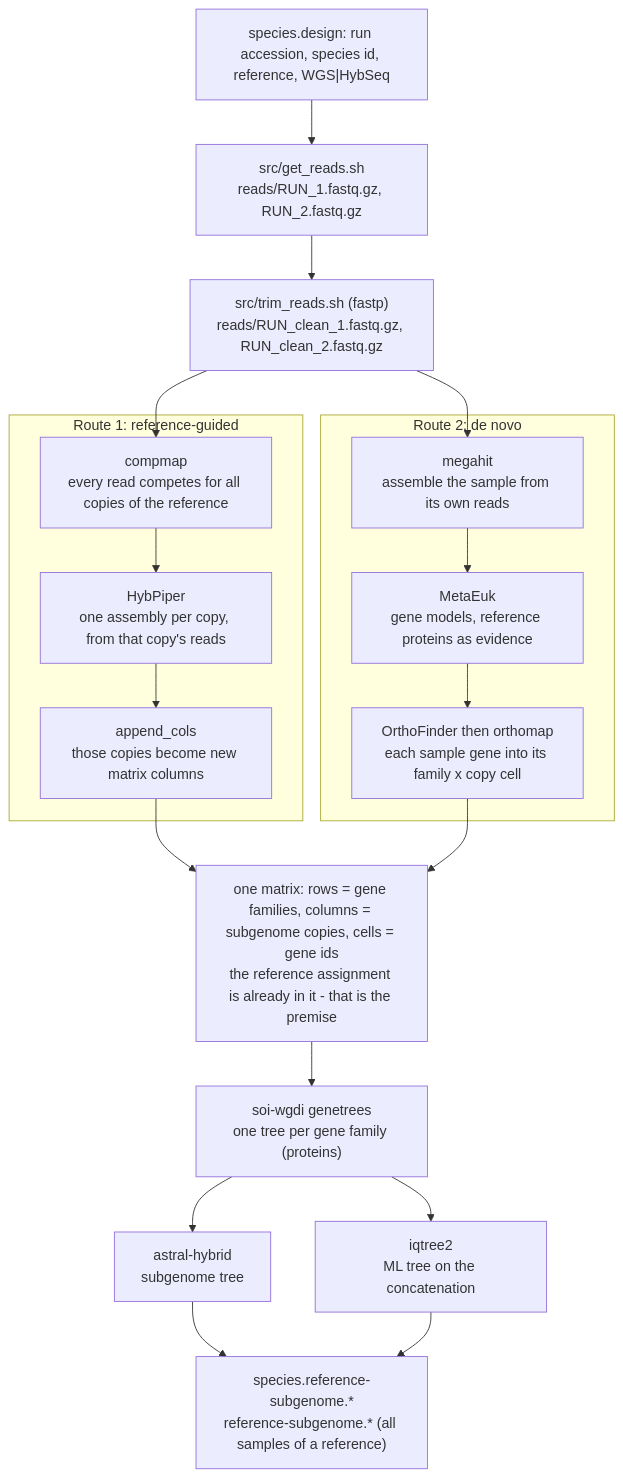
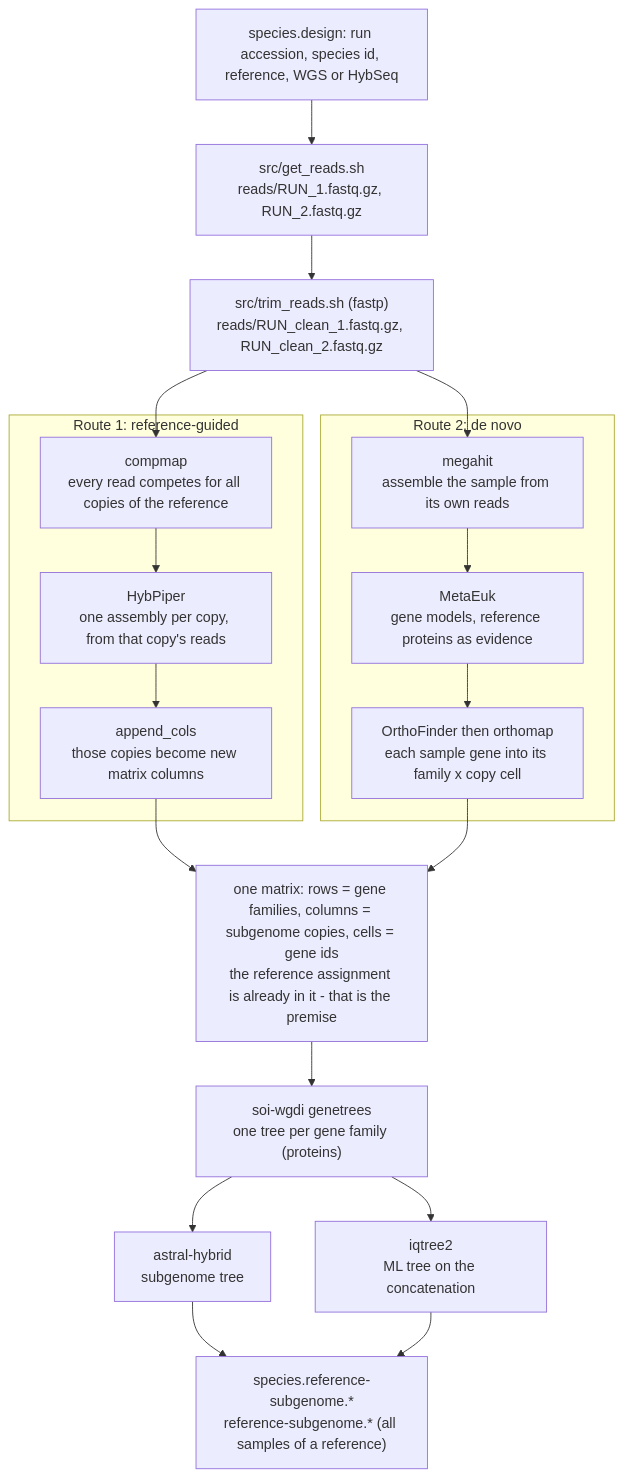
The diagram in README.md (zhangrengang/subgenome_mapping), drawn with Mermaid before and after one commit.

Commit message:
README diagram: avoid a pipe inside a Mermaid node label

````diff
--- a/README.md
+++ b/README.md
@@ -40,29 +40,29 @@
 ```mermaid
 flowchart TD
-    A["species.design: run accession, species id, reference, WGS|HybSeq"] --> B["src/get_reads.sh<br/>reads/RUN_1.fastq.gz, RUN_2.fastq.gz"]
+    A["species.design: run accession, species id, reference, WGS or HybSeq"] --> B["src/get_reads.sh<br/>reads/RUN_1.fastq.gz, RUN_2.fastq.gz"]
     B --> C["src/trim_reads.sh (fastp)<br/>reads/RUN_clean_1.fastq.gz, RUN_clean_2.fastq.gz"]
     C --> R1a
     C --> R2a
 
     subgraph R1["Route 1: reference-guided"]
         R1a["compmap<br/>every read competes for all copies of the reference"]
         R1b["HybPiper<br/>one assembly per copy, from that copy's reads"]
         R1c["append_cols<br/>those copies become new matrix columns"]
         R1a --> R1b --> R1c
     end
 
     subgraph R2["Route 2: de novo"]
         R2a["megahit<br/>assemble the sample from its own reads"]
         R2b["MetaEuk<br/>gene models, reference proteins as evidence"]
         R2c["OrthoFinder then orthomap<br/>each sample gene into its family x copy cell"]
         R2a --> R2b --> R2c
     end
 
     R1c --> M["one matrix: rows = gene families, columns = subgenome copies, cells = gene ids<br/>the reference assignment is already in it - that is the premise"]
     R2c --> M
     M --> T["soi-wgdi genetrees<br/>one tree per gene family (proteins)"]
     T --> S1["astral-hybrid<br/>subgenome tree"]
     T --> S2["iqtree2<br/>ML tree on the concatenation"]
     S1 --> O["species.reference-subgenome.*<br/>reference-subgenome.* (all samples of a reference)"]
     S2 --> O
 ```
````
